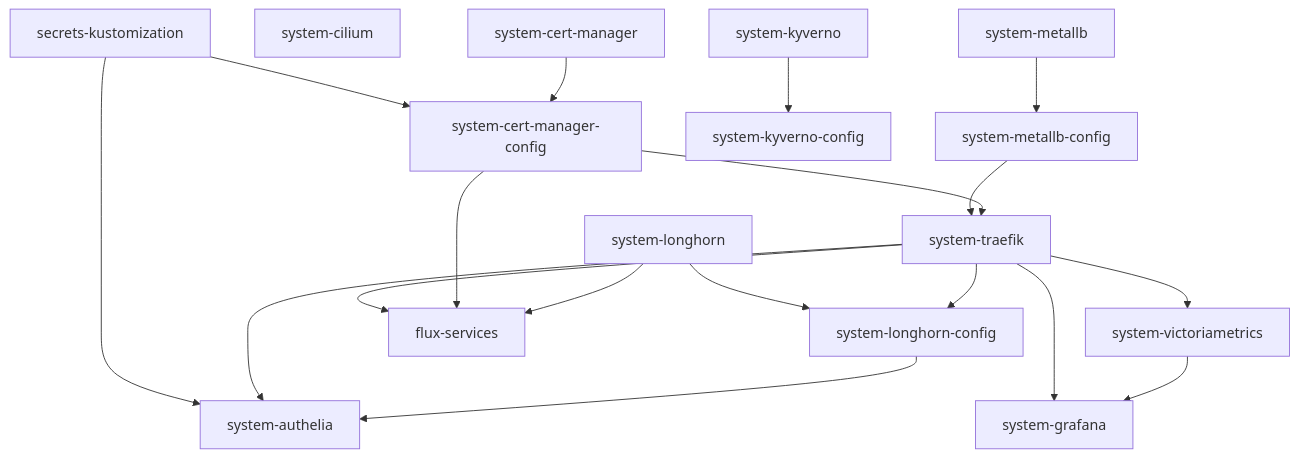
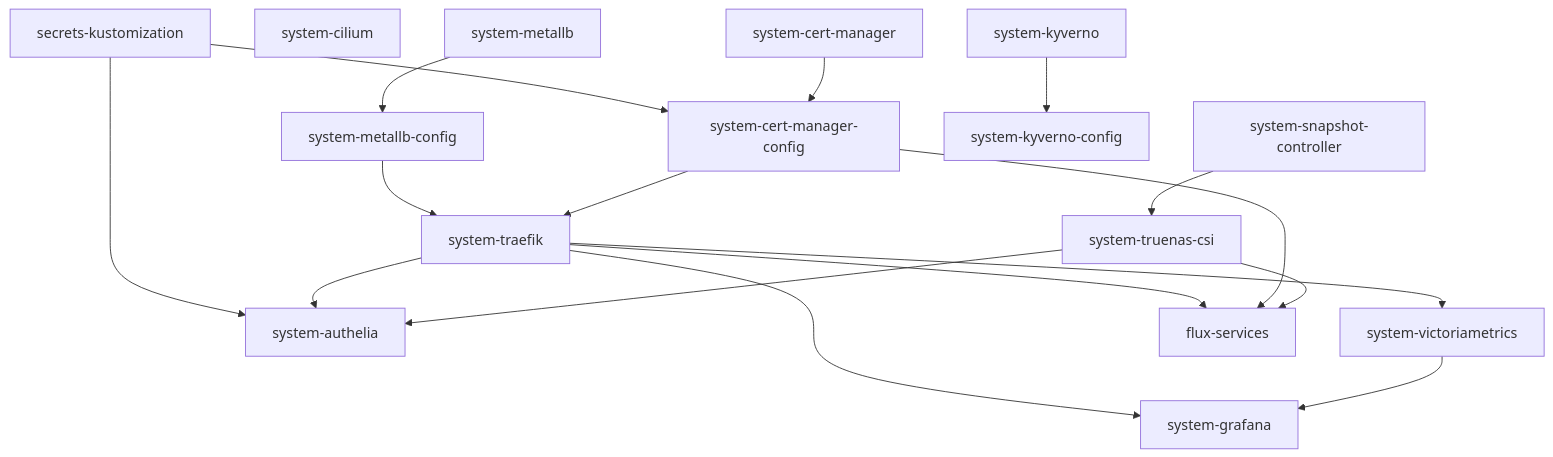
Before and after one commit to AntonBjornNilsson/cloud-gitops: the diagram in .agents/skills/cloud-gitops-architecture/SKILL.md, drawn with Mermaid. The commit also changed other lines of this file and 53 other files, not shown here.

````diff
--- a/.agents/skills/cloud-gitops-architecture/SKILL.md
+++ b/.agents/skills/cloud-gitops-architecture/SKILL.md
@@ -148,29 +148,28 @@
 ```mermaid
 graph TD
     secrets[secrets-kustomization] --> cert_cfg[system-cert-manager-config]
     secrets --> auth[system-authelia]
 
     cilium[system-cilium]
     
     metallb[system-metallb] --> metallb_cfg[system-metallb-config]
     cert[system-cert-manager] --> cert_cfg
     
     metallb_cfg --> traefik[system-traefik]
     cert_cfg --> traefik
     
-    longhorn[system-longhorn] --> longhorn_cfg[system-longhorn-config]
-    traefik --> longhorn_cfg
+    snap[system-snapshot-controller] --> csi[system-truenas-csi]
     
     traefik --> vm[system-victoriametrics]
     traefik --> grafana[system-grafana]
     vm --> grafana
     
     traefik --> auth
-    longhorn_cfg --> auth
+    csi --> auth
     
     kyverno[system-kyverno] --> kyverno_cfg[system-kyverno-config]
     
     traefik --> services[flux-services]
     cert_cfg --> services
-    longhorn --> services
+    csi --> services
 ```
````
